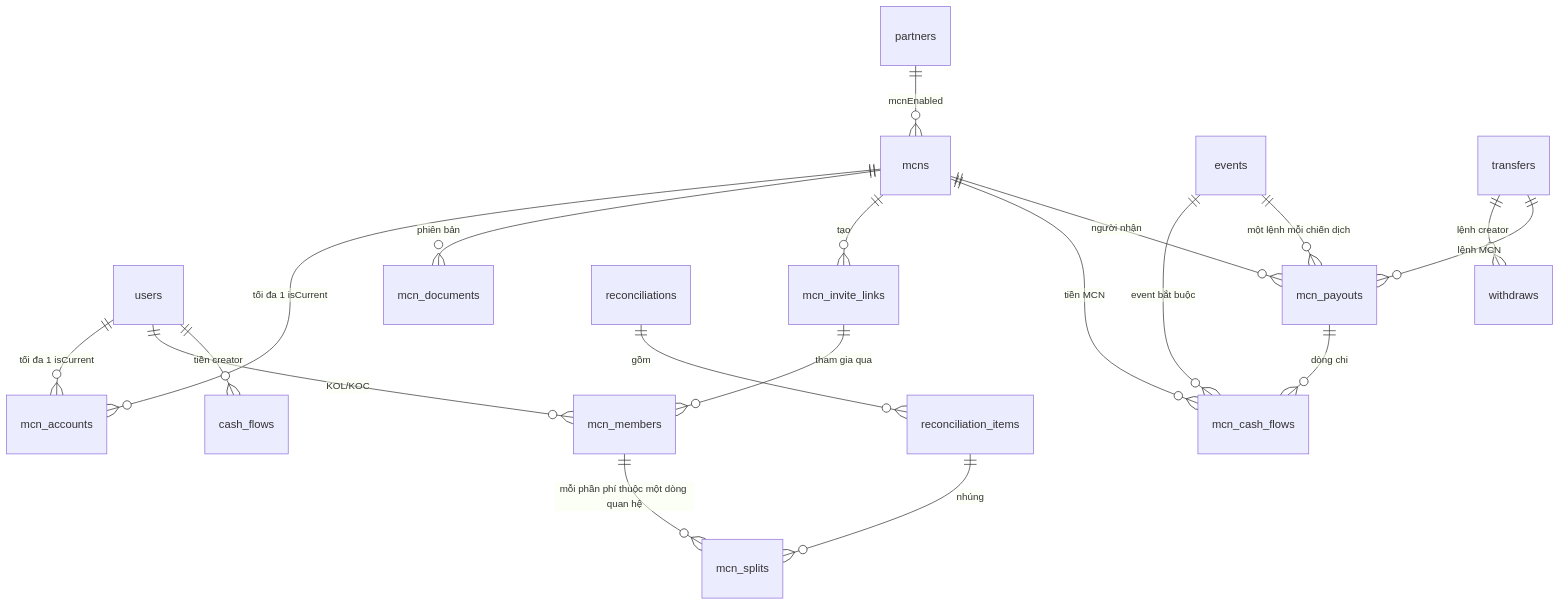
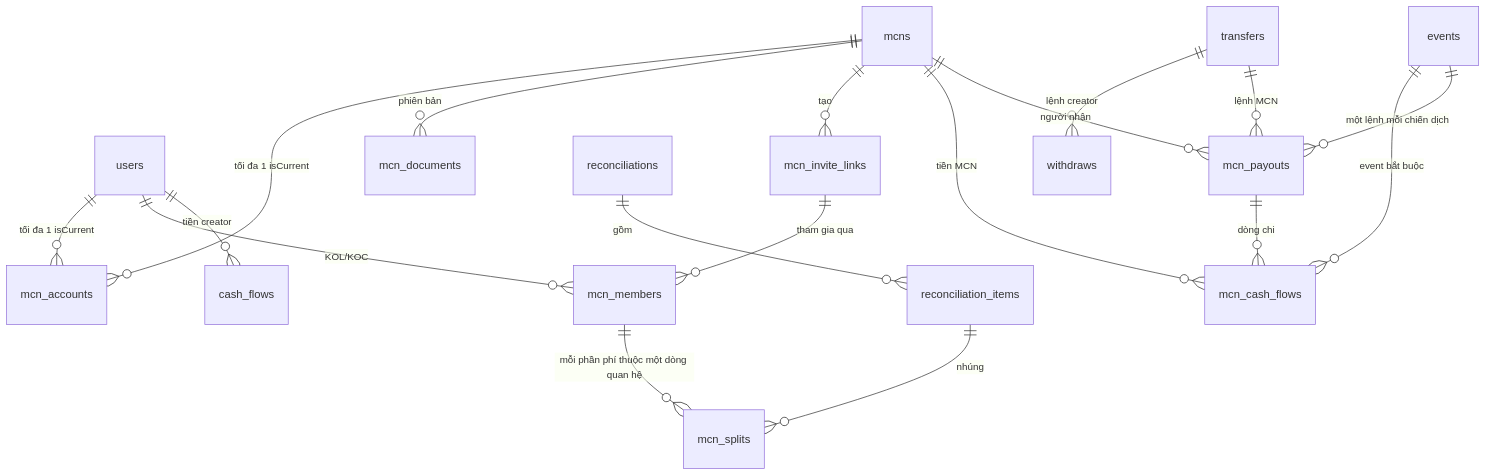
The third of 6 diagrams in mcn/techspec-mcn-phase1-2026-11-04.md (viewboost/accesstrade-docs), drawn with Mermaid before and after one commit. The commit also changed other lines of this file, not shown here.

Commit message:
docs(mcn): tech spec 3.4 - bo mcns.partner, phi chi tren chien dich thuoc partner bat MCN (Q6)

````diff
--- a/mcn/techspec-mcn-phase1-2026-11-04.md
+++ b/mcn/techspec-mcn-phase1-2026-11-04.md
@@ -277,21 +277,20 @@
 ```mermaid
 erDiagram
-  partners ||--o{ mcns : "mcnEnabled"
   mcns ||--o{ mcn_accounts : "tối đa 1 isCurrent"
   users ||--o{ mcn_accounts : "tối đa 1 isCurrent"
   mcns ||--o{ mcn_documents : "phiên bản"
   mcns ||--o{ mcn_invite_links : "tạo"
   mcn_invite_links ||--o{ mcn_members : "tham gia qua"
   users ||--o{ mcn_members : "KOL/KOC"
   reconciliations ||--o{ reconciliation_items : "gồm"
   reconciliation_items ||--o{ mcn_splits : "nhúng"
   mcn_members ||--o{ mcn_splits : "mỗi phần phí thuộc một dòng quan hệ"
   users ||--o{ cash_flows : "tiền creator"
   mcns ||--o{ mcn_cash_flows : "tiền MCN"
   events ||--o{ mcn_cash_flows : "event bắt buộc"
   transfers ||--o{ withdraws : "lệnh creator"
   transfers ||--o{ mcn_payouts : "lệnh MCN"
   mcns ||--o{ mcn_payouts : "người nhận"
   events ||--o{ mcn_payouts : "một lệnh mỗi chiến dịch"
   mcn_payouts ||--o{ mcn_cash_flows : "dòng chi"
 ```
````
